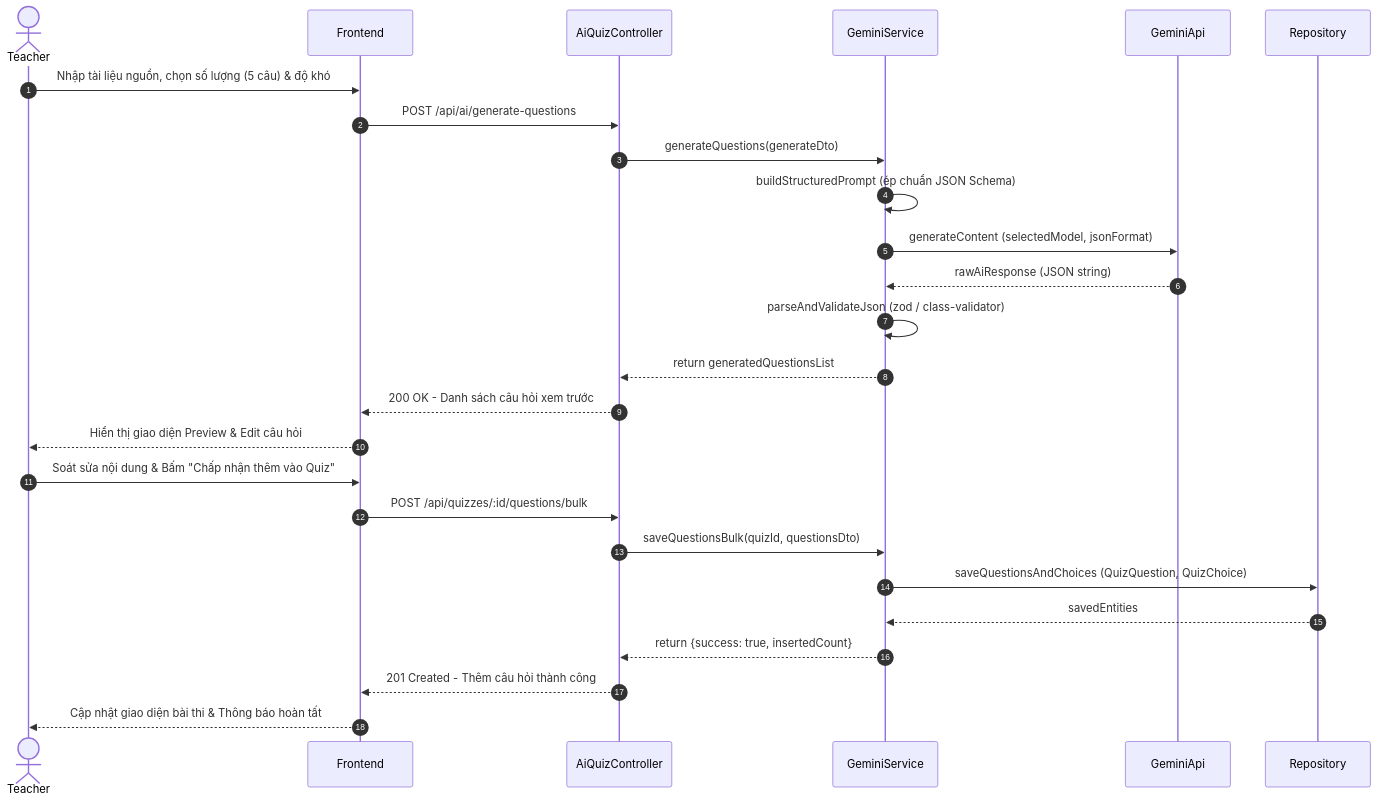
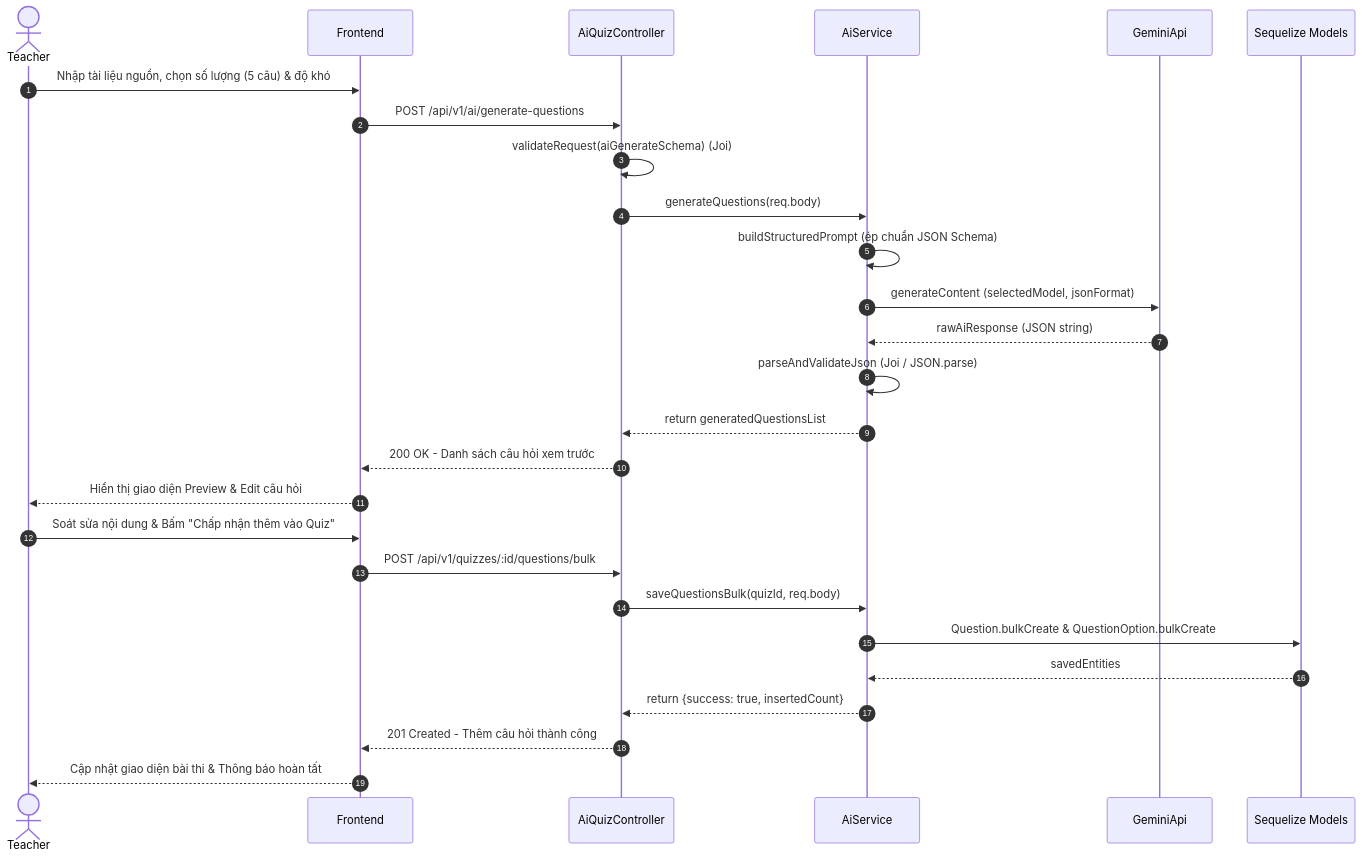
Before and after one commit to dunghvd79/eduverse: the first of 2 diagrams in docs/sequences/seq-ai-001.md, drawn with Mermaid. The commit also changed other lines of this file and 11 other files, not shown here.

Commit message:
docs: synchronize sequence diagrams and API conventions to Express.js and Sequelize

````diff
--- a/docs/sequences/seq-ai-001.md
+++ b/docs/sequences/seq-ai-001.md
@@ -13,34 +13,35 @@
 ```mermaid
 sequenceDiagram
     autonumber
     actor Teacher as Teacher
     participant FE as Frontend
     participant CTRL as AiQuizController
-    participant SVC as GeminiService
+    participant SVC as AiService
     participant EXT as GeminiApi
-    participant DB as Repository
+    participant DB as Sequelize Models
 
     Teacher->>FE: Nhập tài liệu nguồn, chọn số lượng (5 câu) & độ khó
-    FE->>CTRL: POST /api/ai/generate-questions
-    CTRL->>SVC: generateQuestions(generateDto)
+    FE->>CTRL: POST /api/v1/ai/generate-questions
+    CTRL->>CTRL: validateRequest(aiGenerateSchema) (Joi)
+    CTRL->>SVC: generateQuestions(req.body)
 
     SVC->>SVC: buildStructuredPrompt (ép chuẩn JSON Schema)
     SVC->>EXT: generateContent (selectedModel, jsonFormat)
     EXT-->>SVC: rawAiResponse (JSON string)
 
-    SVC->>SVC: parseAndValidateJson (zod / class-validator)
+    SVC->>SVC: parseAndValidateJson (Joi / JSON.parse)
     SVC-->>CTRL: return generatedQuestionsList
     CTRL-->>FE: 200 OK - Danh sách câu hỏi xem trước
     FE-->>Teacher: Hiển thị giao diện Preview & Edit câu hỏi
 
     Teacher->>FE: Soát sửa nội dung & Bấm "Chấp nhận thêm vào Quiz"
-    FE->>CTRL: POST /api/quizzes/:id/questions/bulk
-    CTRL->>SVC: saveQuestionsBulk(quizId, questionsDto)
+    FE->>CTRL: POST /api/v1/quizzes/:id/questions/bulk
+    CTRL->>SVC: saveQuestionsBulk(quizId, req.body)
 
-    SVC->>DB: saveQuestionsAndChoices (QuizQuestion, QuizChoice)
+    SVC->>DB: Question.bulkCreate & QuestionOption.bulkCreate
     DB-->>SVC: savedEntities
     SVC-->>CTRL: return {success: true, insertedCount}
 
     CTRL-->>FE: 201 Created - Thêm câu hỏi thành công
     FE-->>Teacher: Cập nhật giao diện bài thi & Thông báo hoàn tất
 ```
````
